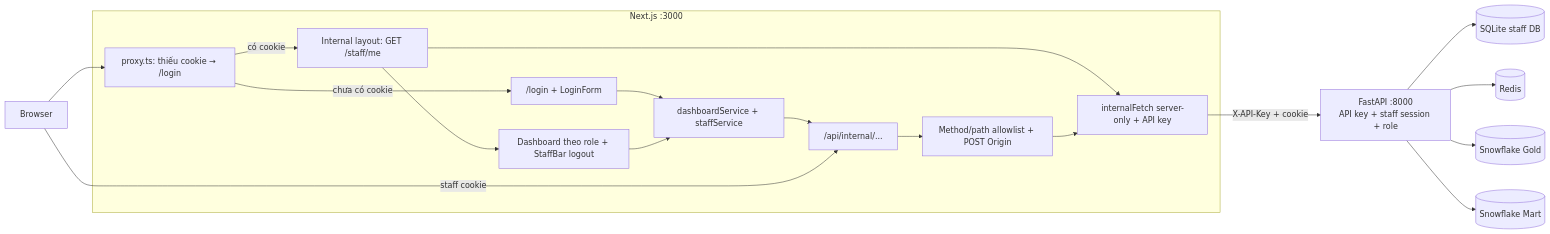
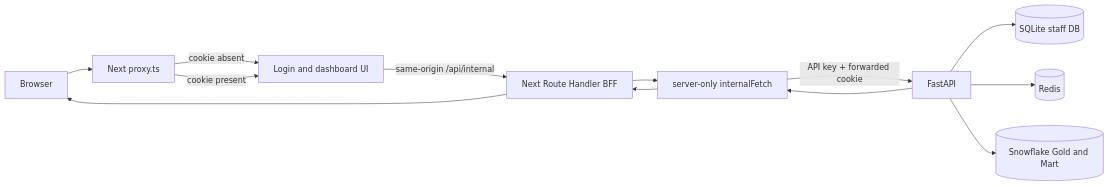
The diagram in docs/frontend/system_architecture_lineage.md (vothanhphu9x-pixel/superstore_ecommerce), drawn with Mermaid before and after one commit. The commit also changed other lines of this file and 21 other files, not shown here.

Commit message:
SUP-146/161 fix-2 feat:deploy next js for vercel & Fast-API vps by CD

````diff
--- a/docs/frontend/system_architecture_lineage.md
+++ b/docs/frontend/system_architecture_lineage.md
@@ -9,33 +5,25 @@
 ```mermaid
 flowchart LR
-    U["Browser"]
+    Browser[Browser]
+    Proxy[Next proxy.ts]
+    UI[Login and dashboard UI]
+    BFF[Next Route Handler BFF]
+    Server[server-only internalFetch]
+    API[FastAPI]
+    Staff[(SQLite staff DB)]
+    Redis[(Redis)]
+    SF[(Snowflake Gold and Mart)]
 
-    subgraph NEXT["Next.js :3000"]
-        PROXY["proxy.ts: thiếu cookie → /login"]
-        LOGIN["/login + LoginForm"]
-        LAYOUT["Internal layout: GET /staff/me"]
-        UI["Dashboard theo role + StaffBar logout"]
-        CLIENT["dashboardService + staffService"]
-        BFF["/api/internal/..."]
-        GUARD["Method/path allowlist + POST Origin"]
-        SERVER["internalFetch server-only + API key"]
-    end
-
-    API["FastAPI :8000<br/>API key + staff session + role"]
-    STAFF[(SQLite staff DB)]
-    CACHE[(Redis)]
-    GOLD[(Snowflake Gold)]
-    MART[(Snowflake Mart)]
-
-    U --> PROXY
-    PROXY -->|"chưa có cookie"| LOGIN --> CLIENT
-    PROXY -->|"có cookie"| LAYOUT --> UI --> CLIENT --> BFF
-    LAYOUT --> SERVER
-    U -->|"staff cookie"| BFF
-    BFF --> GUARD --> SERVER
-    SERVER -->|"X-API-Key + cookie"| API
-    API --> STAFF
-    API --> CACHE
-    API --> GOLD
-    API --> MART
+    Browser --> Proxy
+    Proxy -->|cookie absent| UI
+    Proxy -->|cookie present| UI
+    UI -->|same-origin /api/internal| BFF
+    BFF --> Server
+    Server -->|API key + forwarded cookie| API
+    API --> Staff
+    API --> Redis
+    API --> SF
+    API --> Server
+    Server --> BFF
+    BFF --> Browser
 ```
````
